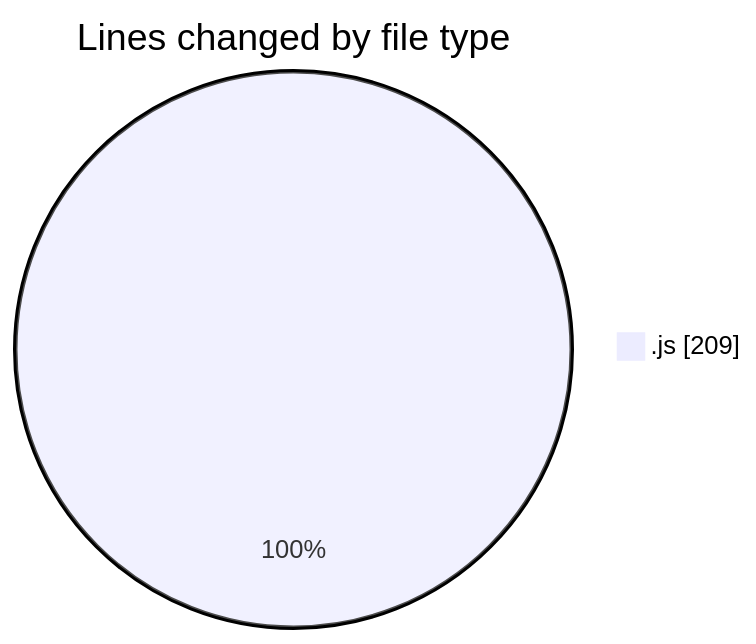
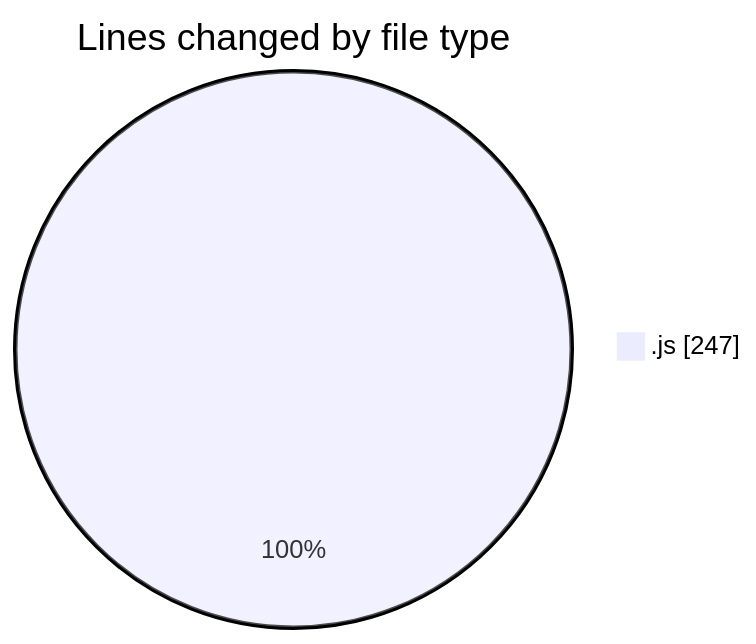
One commit to nxtqubesakshisongat/code-tracking changed the first of 2 diagrams in 2025-06-19/nxtqube_webapp/README.md. Above: the diagram before and after it, drawn with Mermaid. The commit also changed other lines of this file and 1 other file, not shown here.

````diff
--- a/2025-06-19/nxtqube_webapp/README.md
+++ b/2025-06-19/nxtqube_webapp/README.md
@@ -24,5 +24,5 @@
 ```mermaid
 pie showData
 title Lines changed by file type
-".js" : 209
+".js" : 247
 ```
````
